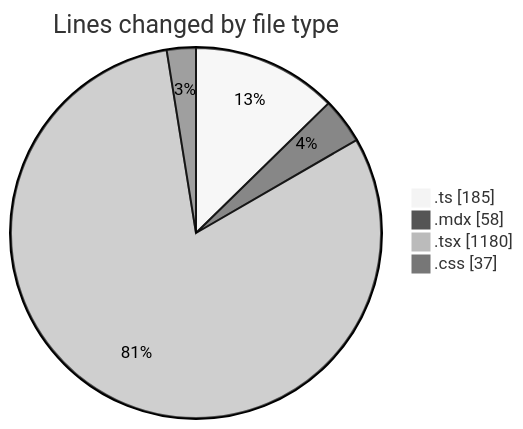
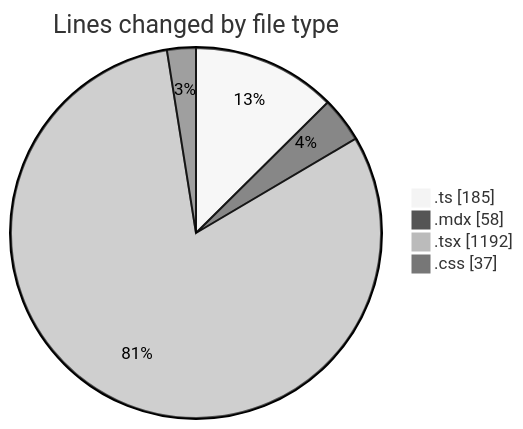
Before and after one commit to Elitesun/code-tracking: the first of 2 diagrams in 2025-05-25/elitesun/README.md, drawn with Mermaid (neutral theme). The commit also changed other lines of this file and 1 other file, not shown here.

````diff
--- a/2025-05-25/elitesun/README.md
+++ b/2025-05-25/elitesun/README.md
@@ -32,8 +32,8 @@
 ```mermaid
 pie showData
 title Lines changed by file type
 ".ts" : 185
 ".mdx" : 58
-".tsx" : 1180
+".tsx" : 1192
 ".css" : 37
 ```
````
